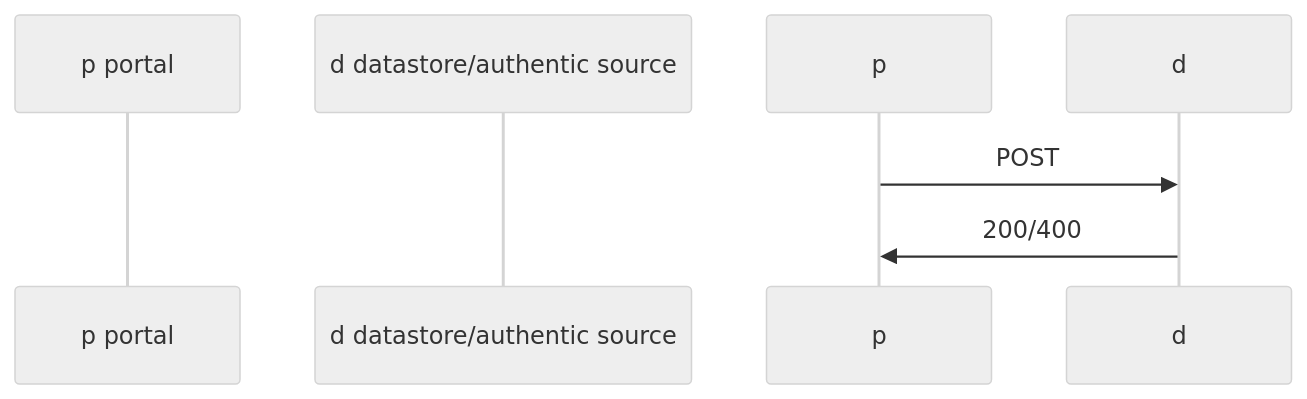
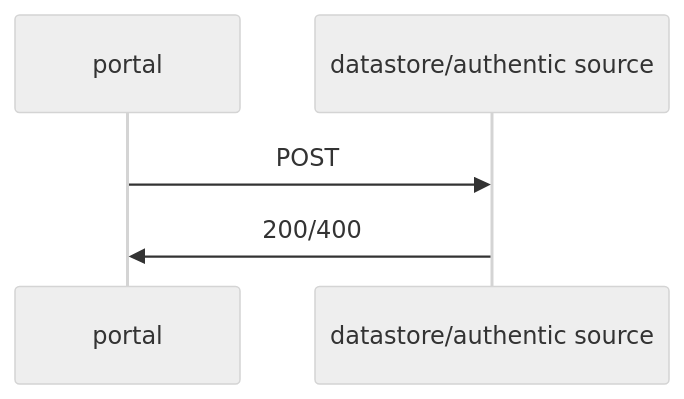
Before and after one commit to dc4eu/vc: the fifth of 8 diagrams in standards/apiv21.md, drawn with Mermaid (neutral theme). The commit also changed other lines of this file, not shown here.

````diff
--- a/standards/apiv21.md
+++ b/standards/apiv21.md
@@ -257,7 +253,5 @@
 ```mermaid
 sequenceDiagram;
-    participant p portal;
-    participant d datastore/authentic source;
-    p->>d: POST;
-    d->>p: 200/400;
+    portal->>datastore/authentic source: POST;
+    datastore/authentic source->>portal: 200/400;
 ```
````
